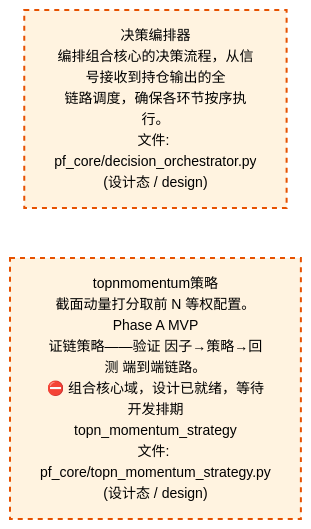
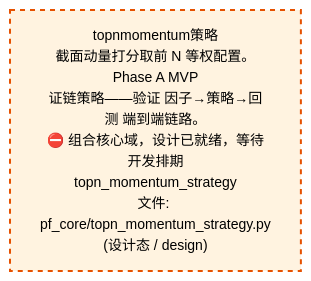
Before and after one commit to xuanFelixVan/ZephyrAlpha: the third of 4 diagrams in docs/02_enterprise_architecture/02_domain_architecture_docs/63_d_pf_core.md, drawn with Mermaid. The commit also changed other lines of this file and 49 other files, not shown here.

````diff
--- a/docs/02_enterprise_architecture/02_domain_architecture_docs/63_d_pf_core.md
+++ b/docs/02_enterprise_architecture/02_domain_architecture_docs/63_d_pf_core.md
@@ -198,12 +200,10 @@
 ```mermaid
 %%{init: {'theme': 'base', 'themeVariables': {'primaryColor': '#eaeaea', 'primaryTextColor': '#333333', 'primaryBorderColor': '#666666', 'lineColor': '#666666', 'secondaryColor': '#eaeaea', 'tertiaryColor': '#eaeaea', 'fontSize': '14px'}}}%%
 flowchart TD
-    src_zephyr_pf_core_decision_orchestrator_py["决策编排器<br/>编排组合核心的决策流程，从信号接收到持仓输出的全<br/>链路调度，确保各环节按序执行。<br/>文件: pf_core/decision_orchestrator.py<br/>(设计态 / design)"]
     src_zephyr_pf_core_topn_momentum_strategy_py["topnmomentum策略<br/>截面动量打分取前 N 等权配置。Phase A MVP<br/>证链策略——验证 因子→策略→回测 端到端链路。<br/>⛔ 组合核心域，设计已就绪，等待开发排期<br/>topn_momentum_strategy<br/>文件: pf_core/topn_momentum_strategy.py<br/>(设计态 / design)"]
-    src_zephyr_pf_core_decision_orchestrator_py ~~~ src_zephyr_pf_core_topn_momentum_strategy_py
     classDef production fill:#e1f5fe,stroke:#01579b,stroke-width:2px,color:#000
     classDef design fill:#fff3e0,stroke:#e65100,stroke-width:2px,color:#000,stroke-dasharray: 5 5
     classDef external_prod fill:#e8f4fd,stroke:#0277bd,stroke-width:1px,color:#000
     classDef external_design fill:#fff8e7,stroke:#ef6c00,stroke-width:1px,color:#000,stroke-dasharray: 5 5
-    class src_zephyr_pf_core_decision_orchestrator_py,src_zephyr_pf_core_topn_momentum_strategy_py design
+    class src_zephyr_pf_core_topn_momentum_strategy_py design
 ```
````
